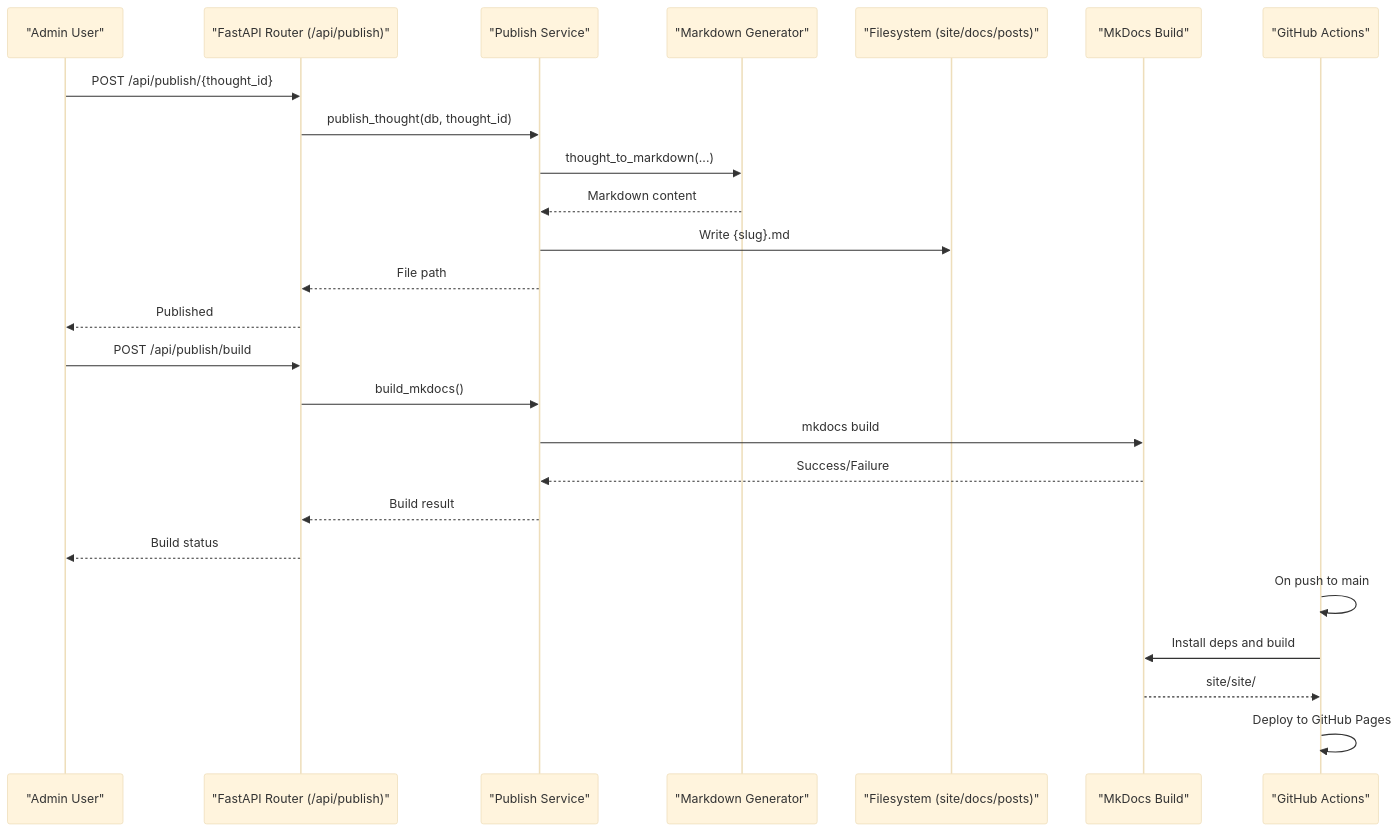
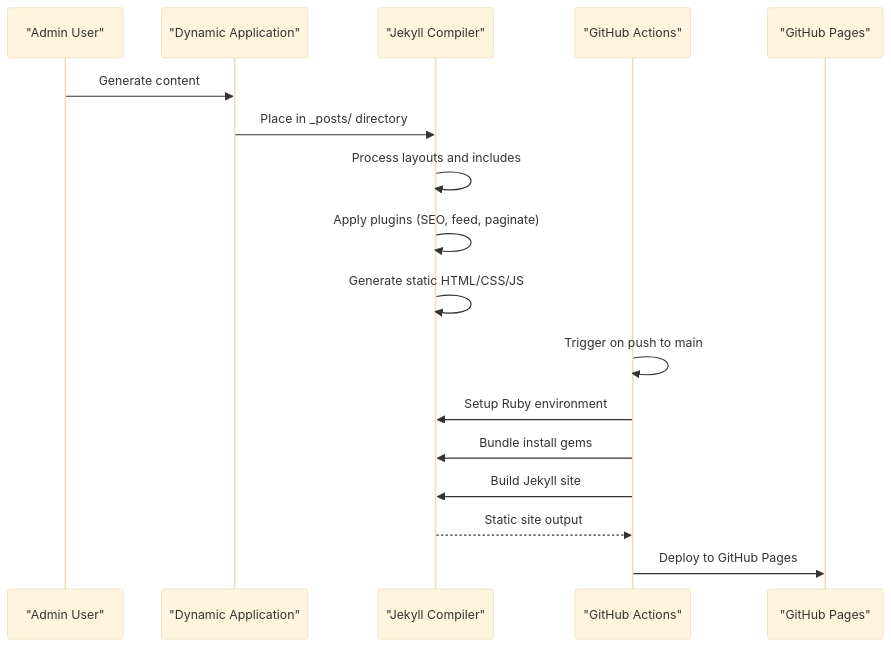
The second of 3 diagrams in .qoder/repowiki/en/content/Static Site Generation.md (PolarisW007/PolaZhenJing), drawn with Mermaid (base theme) before and after one commit. The commit also changed other lines of this file and 153 other files, not shown here.

````diff
--- a/.qoder/repowiki/en/content/Static Site Generation.md
+++ b/.qoder/repowiki/en/content/Static Site Generation.md
@@ -121,27 +122,19 @@
 ```mermaid
 sequenceDiagram
 participant Admin as "Admin User"
-participant API as "FastAPI Router (/api/publish)"
-participant PubSvc as "Publish Service"
-participant Gen as "Markdown Generator"
-participant FS as "Filesystem (site/docs/posts)"
-participant Mk as "MkDocs Build"
+participant App as "Dynamic Application"
+participant Jekyll as "Jekyll Compiler"
 participant GH as "GitHub Actions"
-Admin->>API : POST /api/publish/{thought_id}
-API->>PubSvc : publish_thought(db, thought_id)
-PubSvc->>Gen : thought_to_markdown(...)
-Gen-->>PubSvc : Markdown content
-PubSvc->>FS : Write {slug}.md
-PubSvc-->>API : File path
-API-->>Admin : Published
-Admin->>API : POST /api/publish/build
-API->>PubSvc : build_mkdocs()
-PubSvc->>Mk : mkdocs build
-Mk-->>PubSvc : Success/Failure
-PubSvc-->>API : Build result
-API-->>Admin : Build status
-GH->>GH : On push to main
-GH->>Mk : Install deps and build
-Mk-->>GH : site/site/
-GH->>GH : Deploy to GitHub Pages
+participant Pages as "GitHub Pages"
+Admin->>App : Generate content
+App->>Jekyll : Place in _posts/ directory
+Jekyll->>Jekyll : Process layouts and includes
+Jekyll->>Jekyll : Apply plugins (SEO, feed, paginate)
+Jekyll->>Jekyll : Generate static HTML/CSS/JS
+GH->>GH : Trigger on push to main
+GH->>Jekyll : Setup Ruby environment
+GH->>Jekyll : Bundle install gems
+GH->>Jekyll : Build Jekyll site
+Jekyll-->>GH : Static site output
+GH->>Pages : Deploy to GitHub Pages
 ```
````
